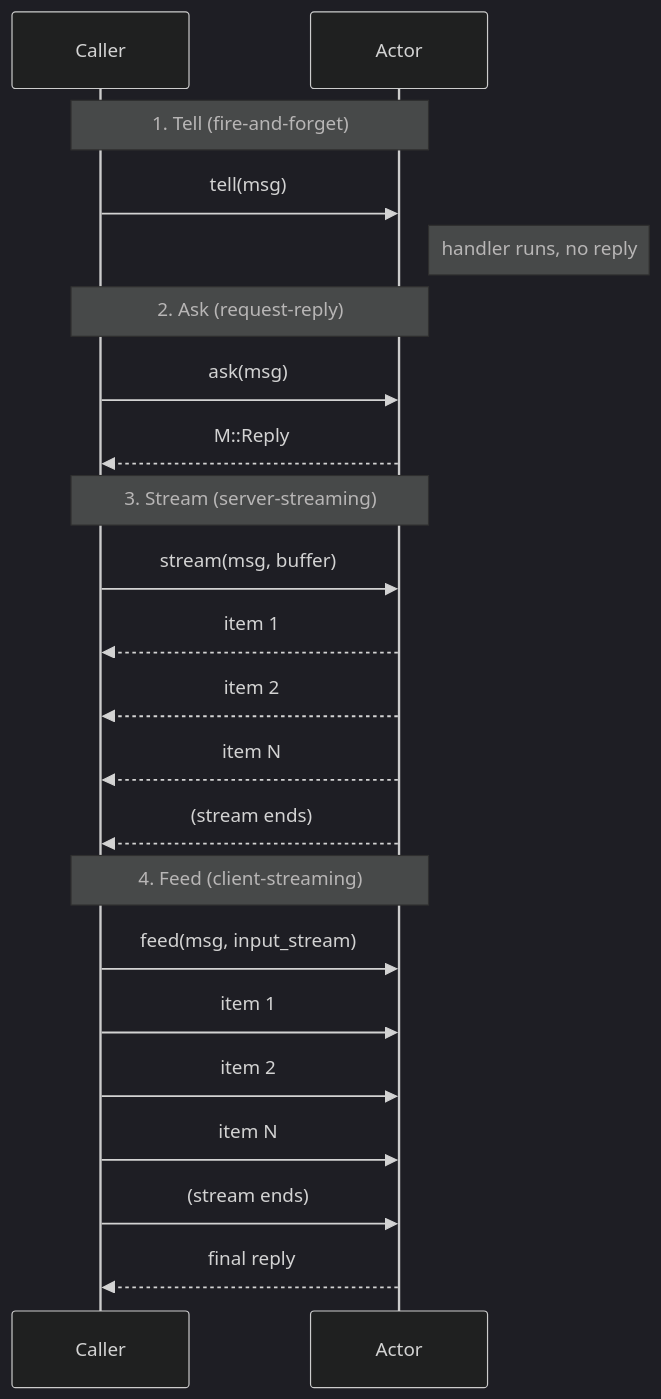
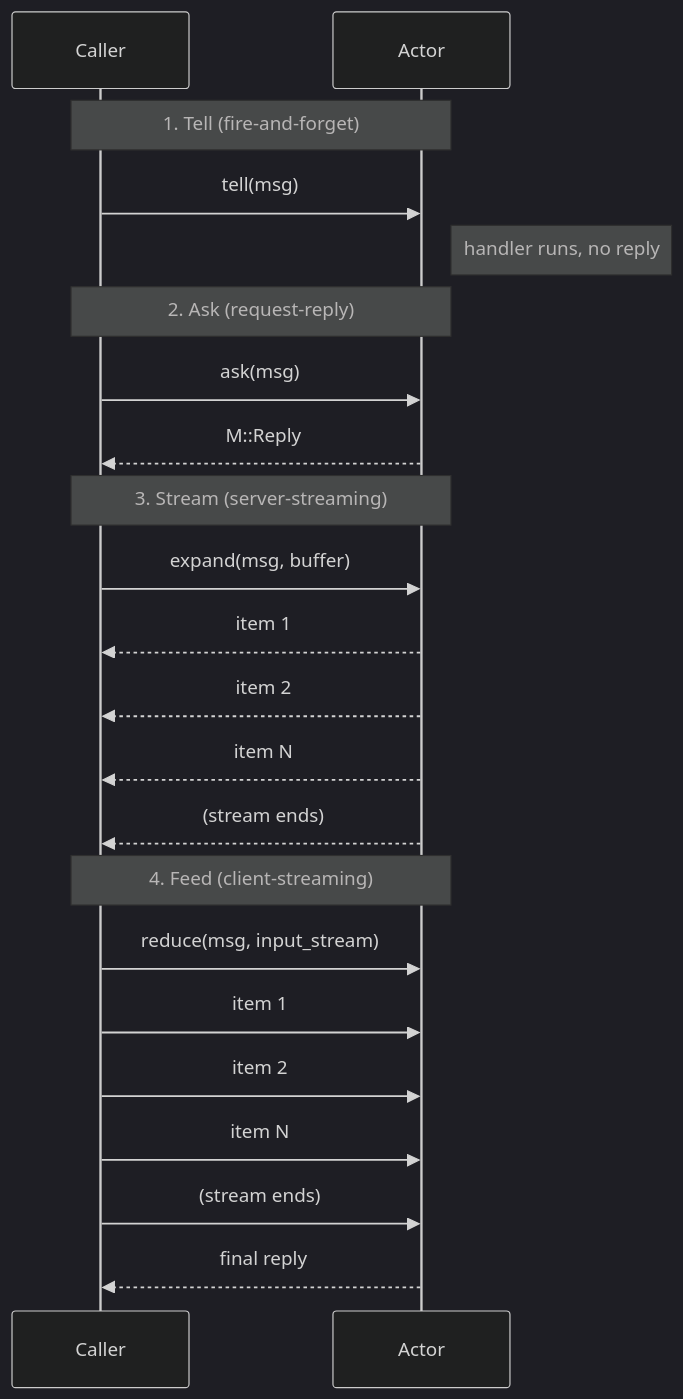
One commit to Yaming-Hub/dactor changed the fifth of 43 diagrams in docs/design-v0.2.md. Above: the diagram before and after it, drawn with Mermaid (dark theme). The commit also changed other lines of this file and 33 other files, not shown here.

First line of the commit message:
Rename streaming APIs: stream->expand, feed->reduce + cluster docs (#91)

````diff
--- a/docs/design-v0.2.md
+++ b/docs/design-v0.2.md
@@ -1079,28 +1079,28 @@
 ```mermaid
 sequenceDiagram
     participant C as Caller
     participant A as Actor
 
     Note over C,A: 1. Tell (fire-and-forget)
     C->>A: tell(msg)
     Note right of A: handler runs, no reply
 
     Note over C,A: 2. Ask (request-reply)
     C->>A: ask(msg)
     A-->>C: M::Reply
 
     Note over C,A: 3. Stream (server-streaming)
-    C->>A: stream(msg, buffer)
+    C->>A: expand(msg, buffer)
     A-->>C: item 1
     A-->>C: item 2
     A-->>C: item N
     A-->>C: (stream ends)
 
     Note over C,A: 4. Feed (client-streaming)
-    C->>A: feed(msg, input_stream)
+    C->>A: reduce(msg, input_stream)
     C->>A: item 1
     C->>A: item 2
     C->>A: item N
     C->>A: (stream ends)
     A-->>C: final reply
 ```
````
